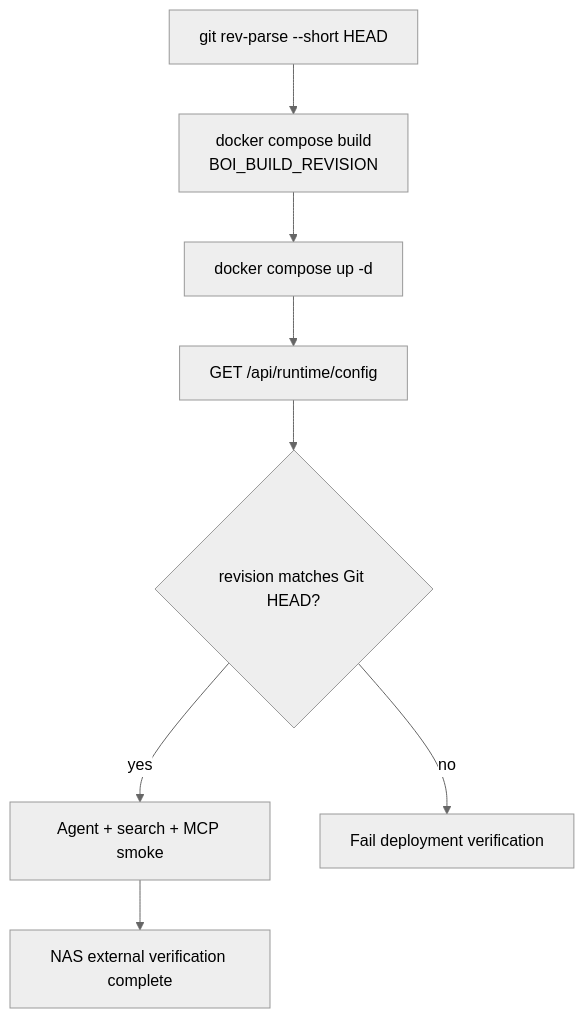
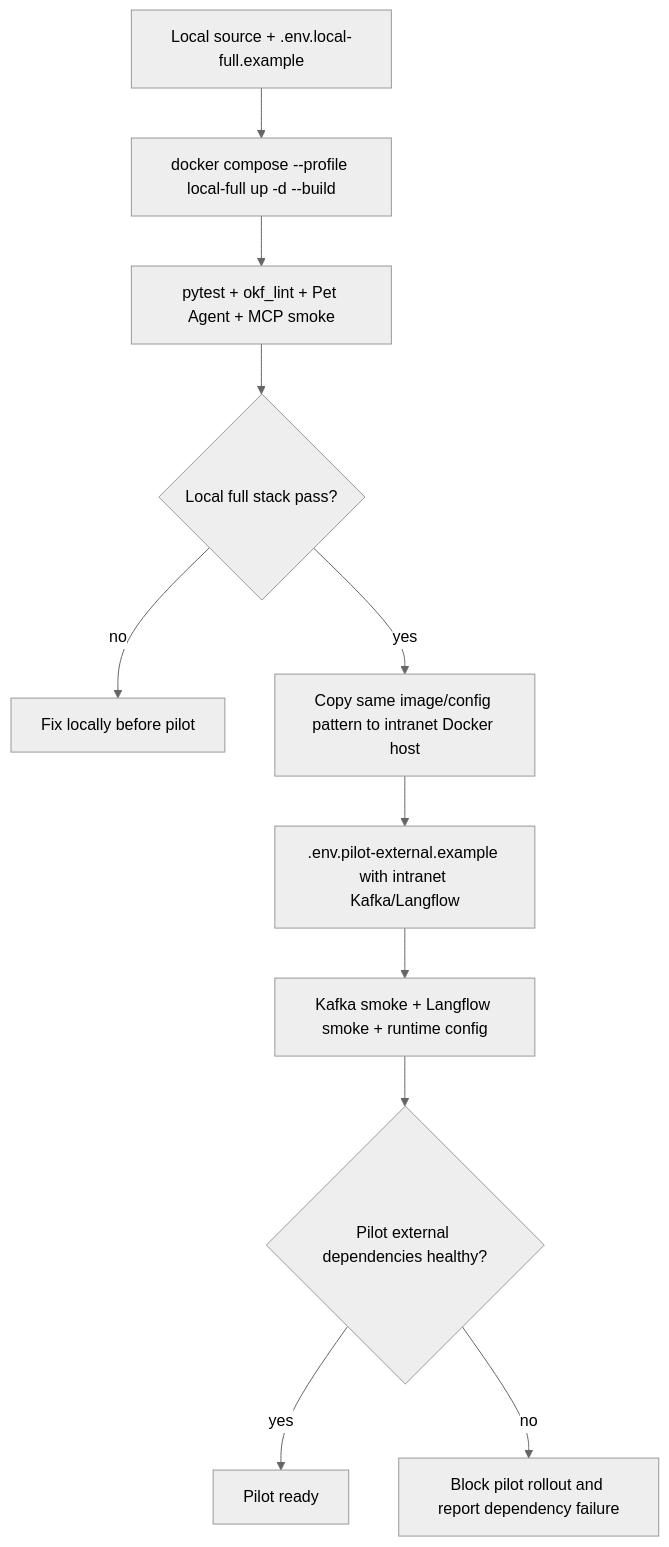
Before and after one commit to chokukil/boi-wiki: the first of 2 diagrams in data/boi/public/boi-wiki-manual/agent/deployment-and-verification.md, drawn with Mermaid (neutral theme). The commit also changed other lines of this file and 35 other files, not shown here.

Commit message:
Prepare BoI Wiki local pilot runtime

````diff
--- a/data/boi/public/boi-wiki-manual/agent/deployment-and-verification.md
+++ b/data/boi/public/boi-wiki-manual/agent/deployment-and-verification.md
@@ -34,10 +38,13 @@
 ```mermaid
 flowchart TD
-  G["git rev-parse --short HEAD"] --> B["docker compose build<br/>BOI_BUILD_REVISION"]
-  B --> U["docker compose up -d"]
-  U --> C["GET /api/runtime/config"]
-  C --> R{"revision matches Git HEAD?"}
-  R -->|yes| SMOKE["Agent + search + MCP smoke"]
-  R -->|no| FAIL["Fail deployment verification"]
-  SMOKE --> OK["NAS external verification complete"]
+  DEV["Local source + .env.local-full.example"] --> LF["docker compose --profile local-full up -d --build"]
+  LF --> TEST["pytest + okf_lint + Pet Agent + MCP smoke"]
+  TEST --> READY{"Local full stack pass?"}
+  READY -->|no| FIX["Fix locally before pilot"]
+  READY -->|yes| PILOT["Copy same image/config pattern to intranet Docker host"]
+  PILOT --> EXT[".env.pilot-external.example with intranet Kafka/Langflow"]
+  EXT --> SMOKE["Kafka smoke + Langflow smoke + runtime config"]
+  SMOKE --> OK{"Pilot external dependencies healthy?"}
+  OK -->|yes| RELEASE["Pilot ready"]
+  OK -->|no| BLOCK["Block pilot rollout and report dependency failure"]
 ```
````
